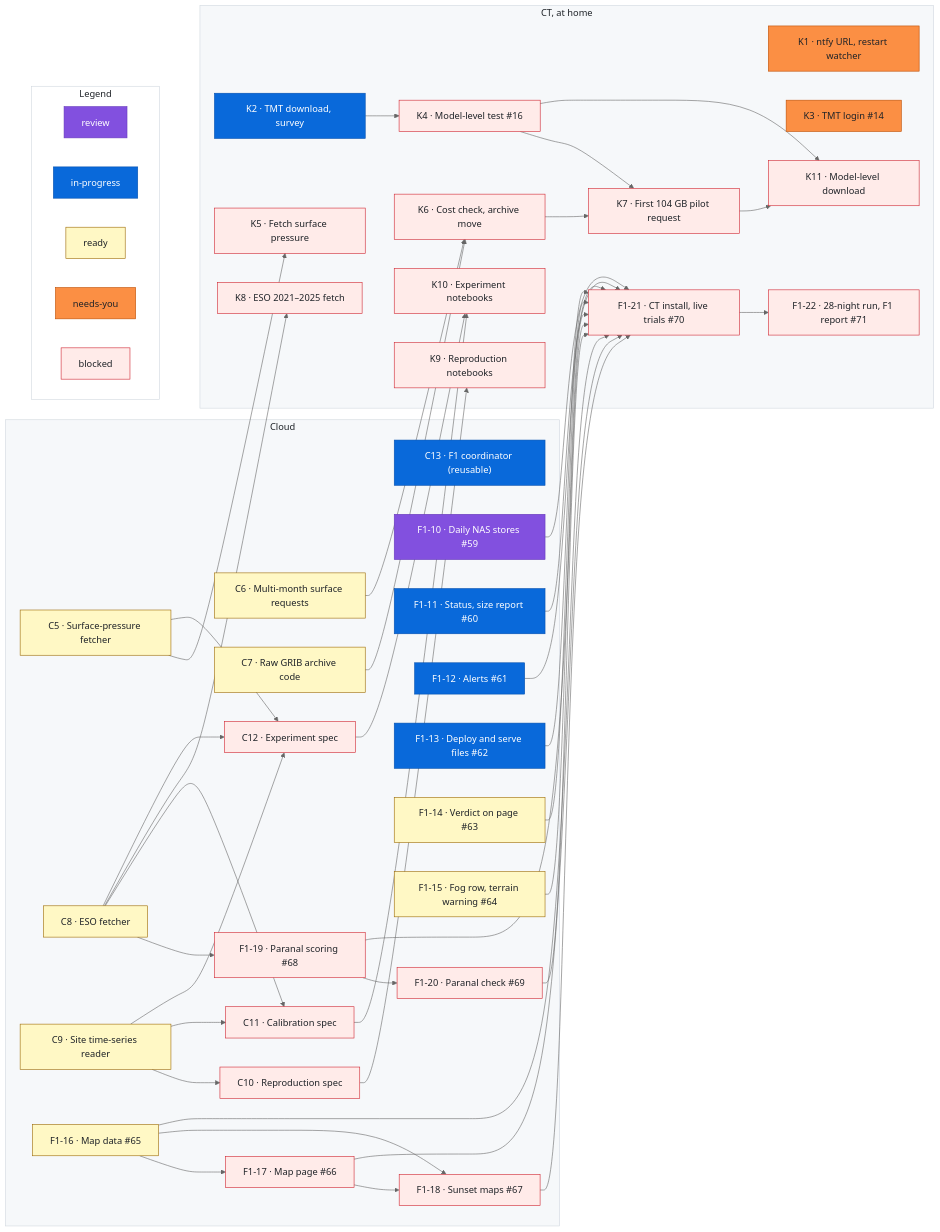
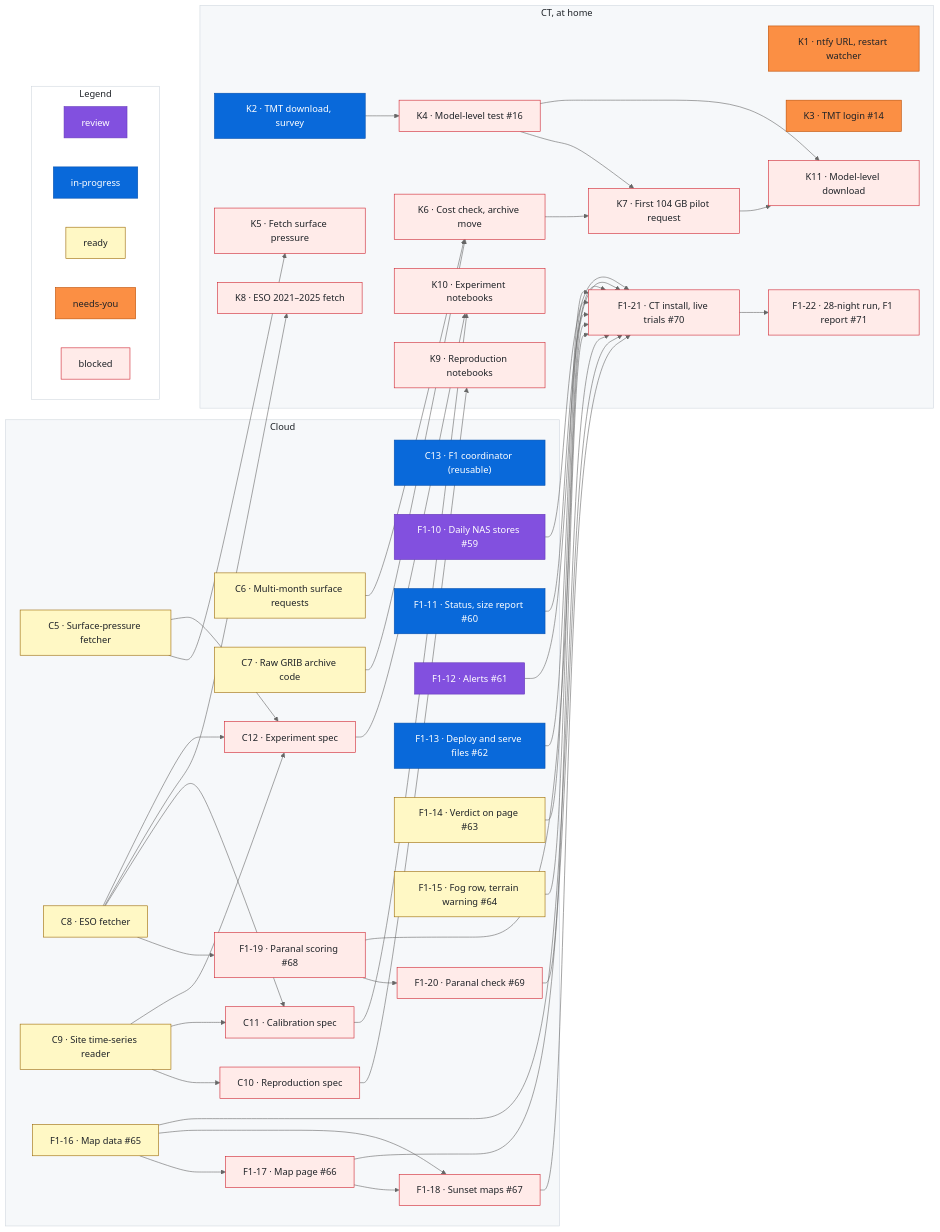
Before and after one commit to rrweller/Astro-seeing: the diagram in docs/roadmap.md, drawn with Mermaid (neutral theme). The commit also changed other lines of this file, not shown here.

Commit message:
roadmap: F1-12 in-progress → review

```diff
--- a/docs/roadmap.md
+++ b/docs/roadmap.md
@@ -199,7 +199,7 @@
   %% ---
   class F1_11 inprogress
   %% ---
-  class F1_12 inprogress
+  class F1_12 review
   %% ---
   class F1_13 inprogress
   %% ---
```
